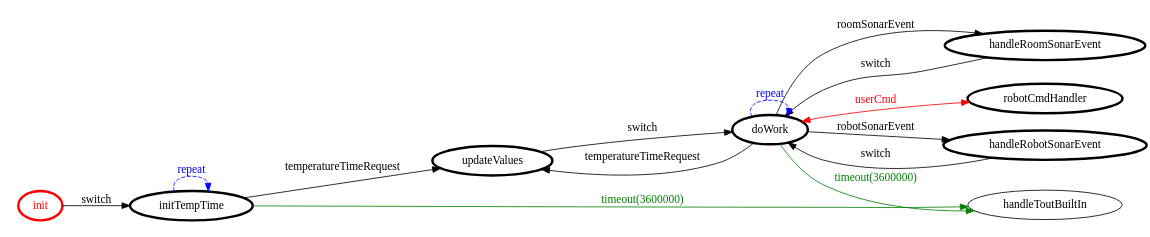
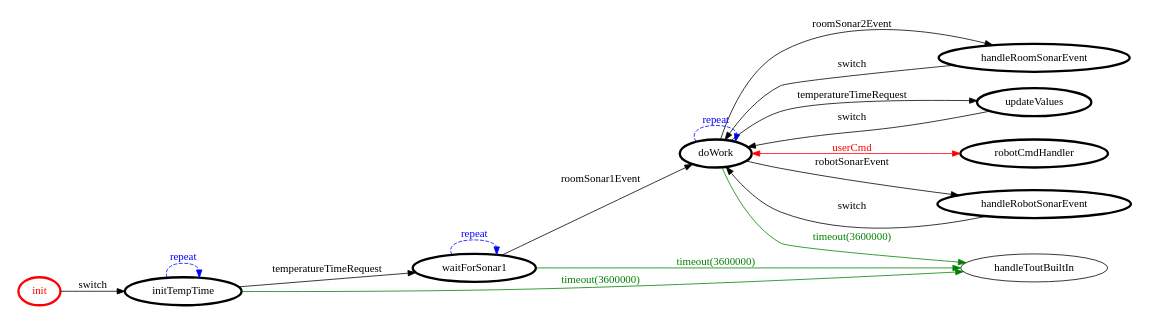
The diagram in it.unibo.problemAnalysis/srcMore/it/unibo/mind/mind.gv (FraGio/iss2018), drawn with Graphviz before and after one commit. The commit also changed 33 other files, not shown here.

```diff
--- a/it.unibo.problemAnalysis/srcMore/it/unibo/mind/mind.gv
+++ b/it.unibo.problemAnalysis/srcMore/it/unibo/mind/mind.gv
@@ -1,33 +1,37 @@
 /*
 *
 * A GraphViz DOT FSM description 
 * Please use a GraphViz visualizer (like http://www.webgraphviz.com)
 *  
 */
 
 digraph finite_state_machine {
 	rankdir=LR
 	size="8,5"
 	
 	init [ color = red ][ fontcolor = red ][ penwidth = 3 ]
 	handleRoomSonarEvent [ color = black ][ fontcolor = black ][ penwidth = 3 ]
 	doWork [ color = black ][ fontcolor = black ][ penwidth = 3 ]
 	initTempTime [ color = black ][ fontcolor = black ][ penwidth = 3 ]
 	updateValues [ color = black ][ fontcolor = black ][ penwidth = 3 ]
+	waitForSonar1 [ color = black ][ fontcolor = black ][ penwidth = 3 ]
 	robotCmdHandler [ color = black ][ fontcolor = black ][ penwidth = 3 ]
 	handleRobotSonarEvent [ color = black ][ fontcolor = black ][ penwidth = 3 ]
 	
 	initTempTime -> initTempTime [ label = "repeat "][ style = dashed ][ color = blue ][ fontcolor = blue ]
 	doWork -> handleToutBuiltIn [ label = "timeout(3600000)" ][ color = green ][ fontcolor = green ]
+	doWork -> handleRoomSonarEvent [ label = "roomSonar2Event" ][ color = black ][ fontcolor = black ]
 	updateValues -> doWork [ label = "switch" ][ color = black ][ fontcolor = black ]
 	handleRobotSonarEvent -> doWork [ label = "switch" ][ color = black ][ fontcolor = black ]
 	doWork -> handleRobotSonarEvent [ label = "robotSonarEvent" ][ color = black ][ fontcolor = black ]
 	initTempTime -> handleToutBuiltIn [ label = "timeout(3600000)" ][ color = green ][ fontcolor = green ]
-	doWork -> handleRoomSonarEvent [ label = "roomSonarEvent" ][ color = black ][ fontcolor = black ]
+	initTempTime -> waitForSonar1 [ label = "temperatureTimeRequest" ][ color = black ][ fontcolor = black ]
 	doWork -> updateValues [ label = "temperatureTimeRequest" ][ color = black ][ fontcolor = black ]
 	handleRoomSonarEvent -> doWork [ label = "switch" ][ color = black ][ fontcolor = black ]
 	init -> initTempTime [ label = "switch" ][ color = black ][ fontcolor = black ]
+	waitForSonar1 -> handleToutBuiltIn [ label = "timeout(3600000)" ][ color = green ][ fontcolor = green ]
 	doWork -> doWork [ label = "repeat "][ style = dashed ][ color = blue ][ fontcolor = blue ]
-	initTempTime -> updateValues [ label = "temperatureTimeRequest" ][ color = black ][ fontcolor = black ]
+	waitForSonar1 -> waitForSonar1 [ label = "repeat "][ style = dashed ][ color = blue ][ fontcolor = blue ]
+	waitForSonar1 -> doWork [ label = "roomSonar1Event" ][ color = black ][ fontcolor = black ]
 	doWork -> robotCmdHandler [ label = "userCmd" ][ color = red ][ fontcolor = red ][ dir = both ]
 }
```
